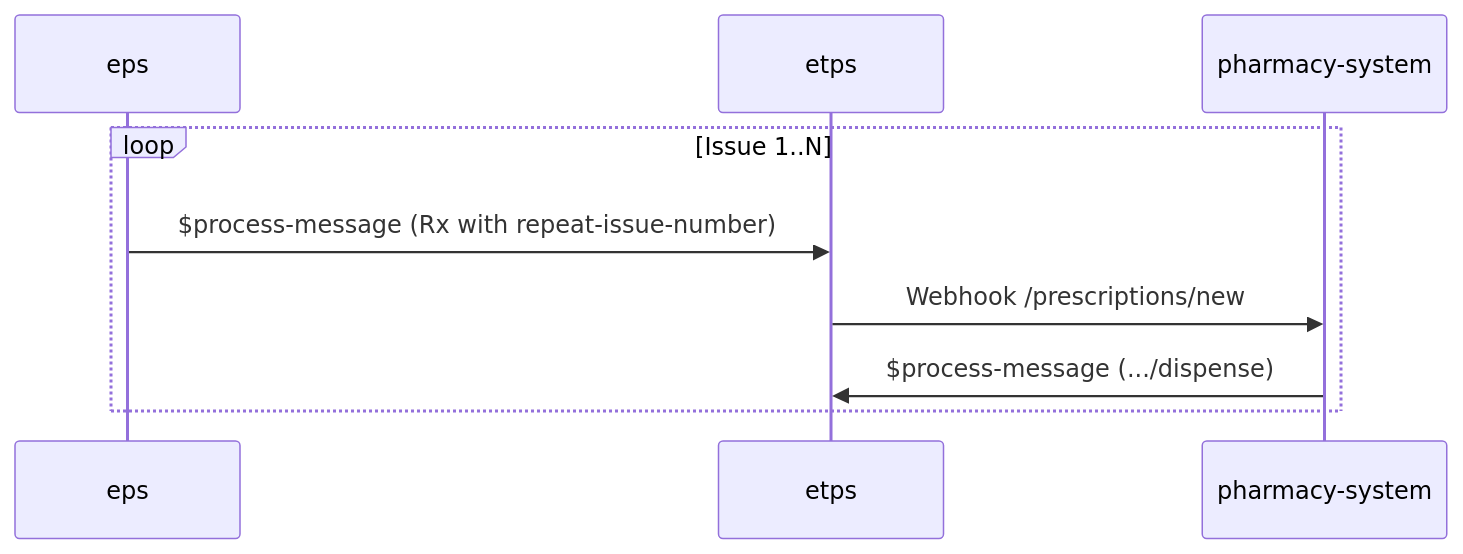
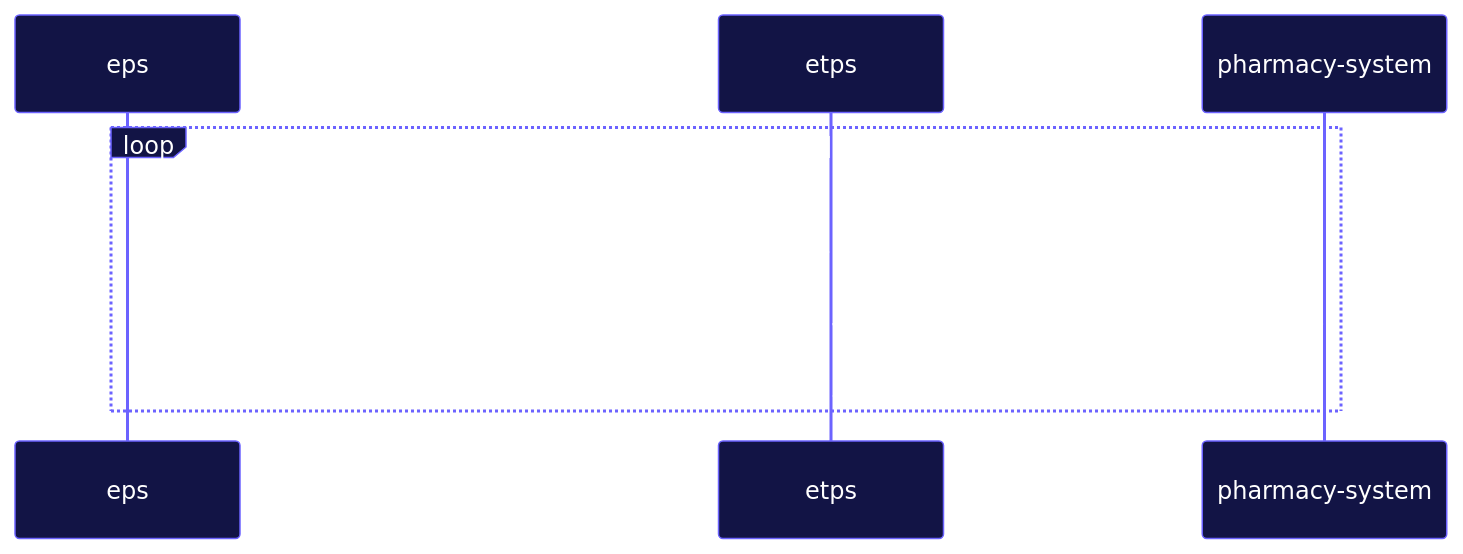
One commit to symphonix-health/symphonix-eps-ig changed the third of 4 diagrams in input/pagecontent/workflows.md. Above: the diagram before and after it, drawn with Mermaid. The commit also changed other lines of this file, not shown here.

Commit message:
docs: diagrams — colour theming via init block

````diff
--- a/input/pagecontent/workflows.md
+++ b/input/pagecontent/workflows.md
@@ -57,12 +59,13 @@
 ```mermaid
+%%{init: {'theme': 'base', 'themeVariables': {'primaryColor': '#121445', 'primaryTextColor': '#ffffff', 'primaryBorderColor': '#6C63FF', 'lineColor': '#6C63FF', 'secondaryColor': '#1a237e', 'tertiaryColor': '#0d3b2e', 'noteBkgColor': '#2c1a4e', 'noteTextColor': '#ffffff', 'activationBkgColor': '#4a0072', 'activationBorderColor': '#ce93d8'}}}%%
 sequenceDiagram
     participant EPS as eps
     participant ETPS as etps
     participant Pharm as pharmacy-system
 
     loop Issue 1..N
         EPS->>ETPS: $process-message (Rx with repeat-issue-number)
         ETPS->>Pharm: Webhook /prescriptions/new
         Pharm->>ETPS: $process-message (.../dispense)
     end
 ```
````
